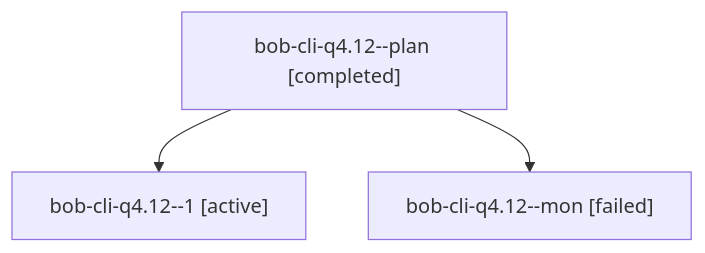
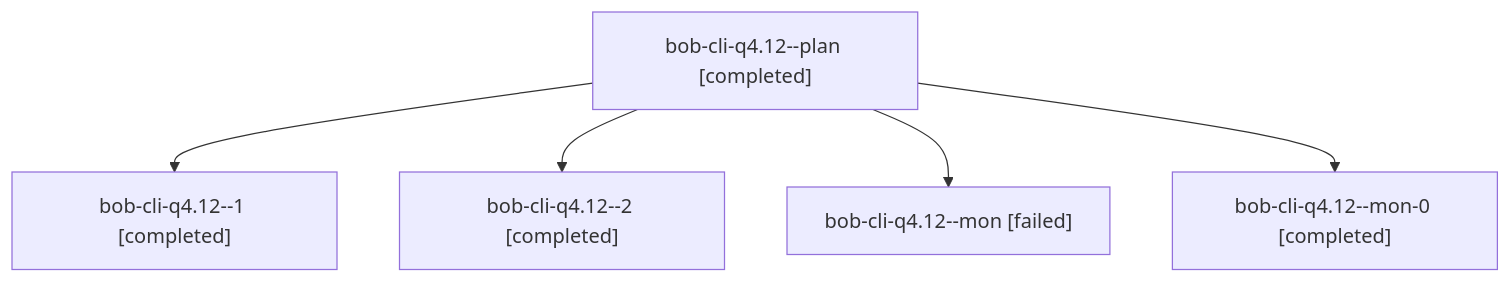
The diagram in sessions/bbugyi200.athena.bob-cli-q4.12.md (bobs-org/bob-cli--agents), drawn with Mermaid before and after one commit. The commit also changed other lines of this file and 185 other files, not shown here.

````diff
--- a/sessions/bbugyi200.athena.bob-cli-q4.12.md
+++ b/sessions/bbugyi200.athena.bob-cli-q4.12.md
@@ -9,8 +9,12 @@
 ```mermaid
 flowchart TD
   n0["bob-cli-q4.12--plan [completed]"]
-  n1["bob-cli-q4.12--1 [active]"]
+  n1["bob-cli-q4.12--1 [completed]"]
   n0 --> n1
-  n2["bob-cli-q4.12--mon [failed]"]
+  n2["bob-cli-q4.12--2 [completed]"]
   n0 --> n2
+  n3["bob-cli-q4.12--mon [failed]"]
+  n0 --> n3
+  n4["bob-cli-q4.12--mon-0 [completed]"]
+  n0 --> n4
 ```
````
